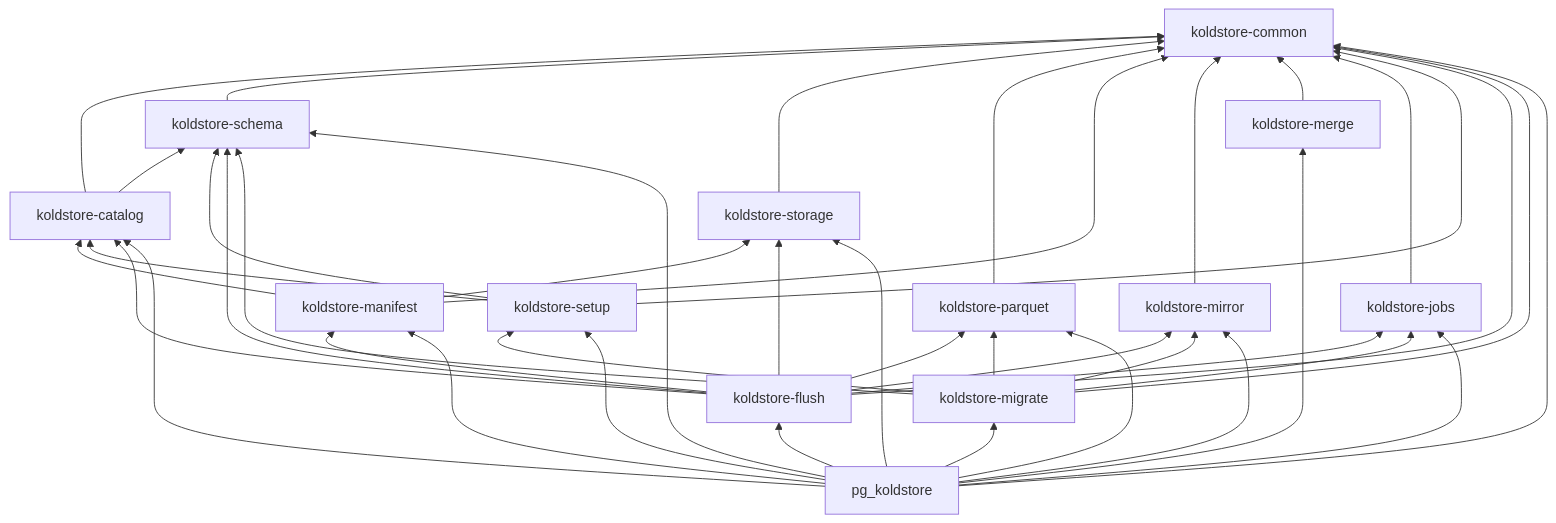
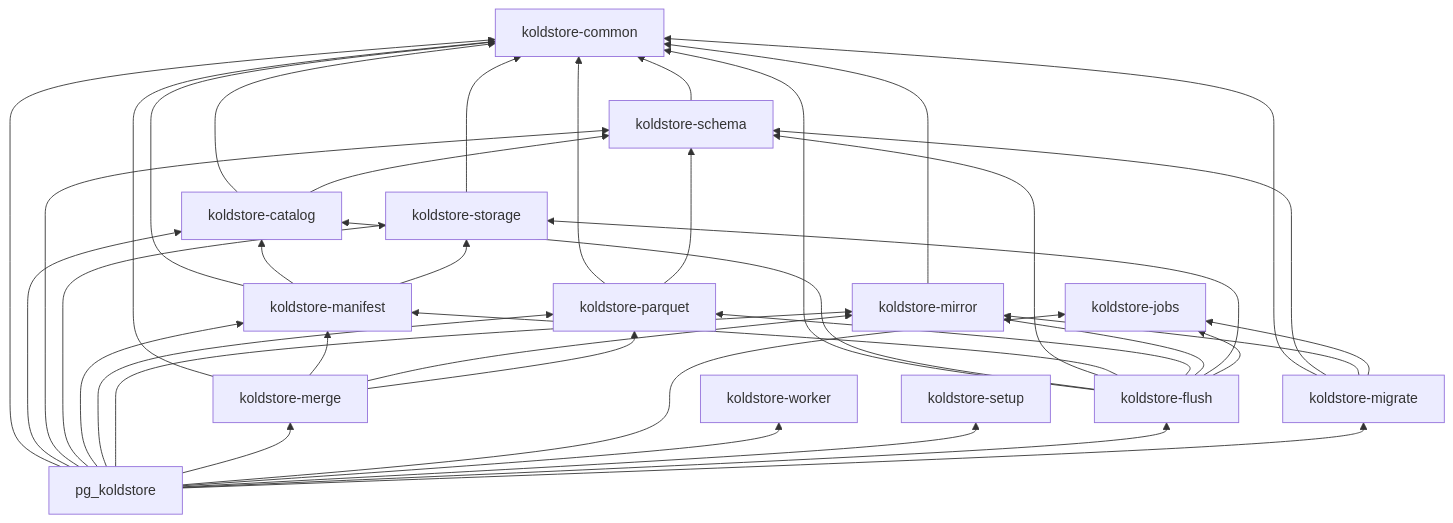
The diagram in docs/architecture/crate-architecture.md (kalamdb/koldstore), drawn with Mermaid before and after one commit. The commit also changed other lines of this file and 148 other files, not shown here.

````diff
--- a/docs/architecture/crate-architecture.md
+++ b/docs/architecture/crate-architecture.md
@@ -39,57 +41,57 @@
 ```mermaid
 flowchart BT
     common[koldstore-common]
     catalog[koldstore-catalog]
     schema[koldstore-schema]
     storage[koldstore-storage]
     parquet[koldstore-parquet]
     manifest[koldstore-manifest]
     mirror[koldstore-mirror]
     merge[koldstore-merge]
     jobs[koldstore-jobs]
+    worker[koldstore-worker]
     setup[koldstore-setup]
     flush[koldstore-flush]
     migrate[koldstore-migrate]
     pg[pg_koldstore]
 
     catalog --> common
     catalog --> schema
     schema --> common
     storage --> common
     parquet --> common
+    parquet --> schema
     manifest --> common
     manifest --> catalog
     manifest --> storage
     mirror --> common
     merge --> common
-    jobs --> common
-    setup --> common
-    setup --> catalog
-    setup --> schema
+    merge --> manifest
+    merge --> mirror
+    merge --> parquet
     flush --> common
     flush --> catalog
     flush --> schema
     flush --> manifest
     flush --> parquet
     flush --> mirror
     flush --> storage
     flush --> jobs
     migrate --> common
     migrate --> schema
     migrate --> mirror
-    migrate --> parquet
     migrate --> jobs
-    migrate --> setup
     pg --> common
     pg --> catalog
     pg --> schema
     pg --> storage
     pg --> manifest
     pg --> parquet
     pg --> mirror
     pg --> merge
     pg --> jobs
+    pg --> worker
     pg --> setup
     pg --> flush
     pg --> migrate
 ```
````
